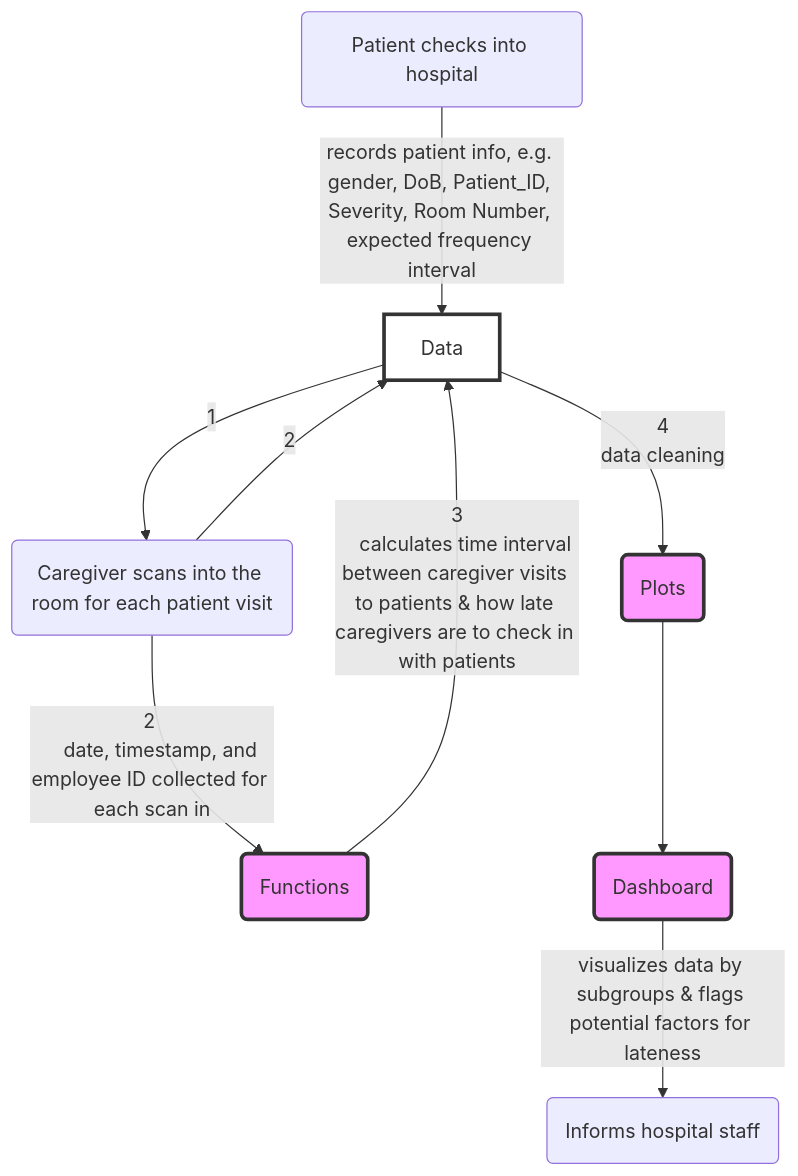
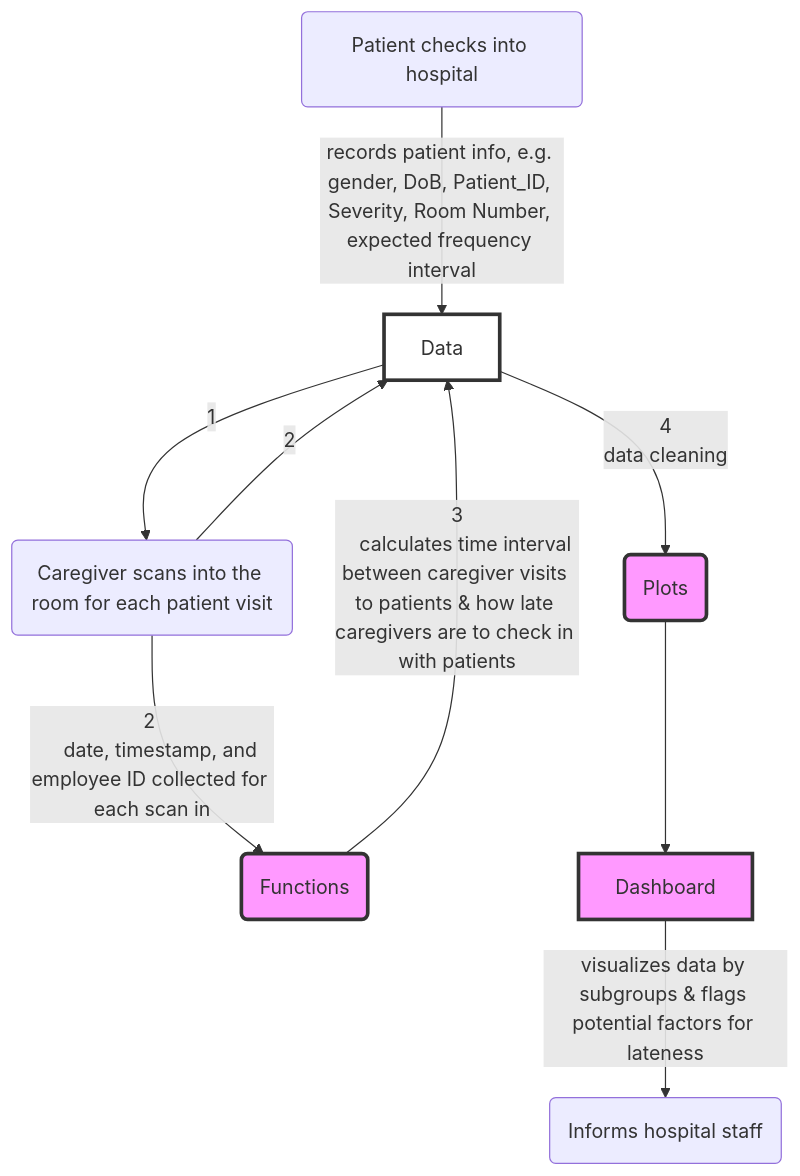
The diagram in README.md (ZibinSong/SYSEN-5300-HACKATHON---Tim-s-Left-Foot-), drawn with Mermaid before and after one commit.

```diff
--- a/README.md
+++ b/README.md
@@ -79,19 +79,19 @@
 ~~~mermaid
 flowchart TD
     A(Patient checks into hospital) -->|records patient info, e.g. gender, DoB, Patient_ID, Severity, Room Number, expected frequency interval| B[Data]
     B --> |1|C(Caregiver scans into the room for each patient visit)
     C --> |2 
     date, timestamp, and employee ID collected for each scan in| D(Functions)
     C --> |2|B
     D --> |3
     calculates time interval between caregiver visits to patients & how late caregivers are to check in with patients|B
     B --> |4
     data cleaning|E(Plots)
-    E --> F(Dashboard)
+    E --> F[Dashboard]
     F --> |visualizes data by subgroups & flags potential factors for lateness| G(Informs hospital staff)
 
    style D fill:#f9f,stroke:#333,stroke-width:3px
       style E fill:#f9f,stroke:#333,stroke-width:3px
          style F fill:#f9f,stroke:#333,stroke-width:3px
                   style B fill:#fff,stroke:#333,stroke-width:3px
 ~~~
```
